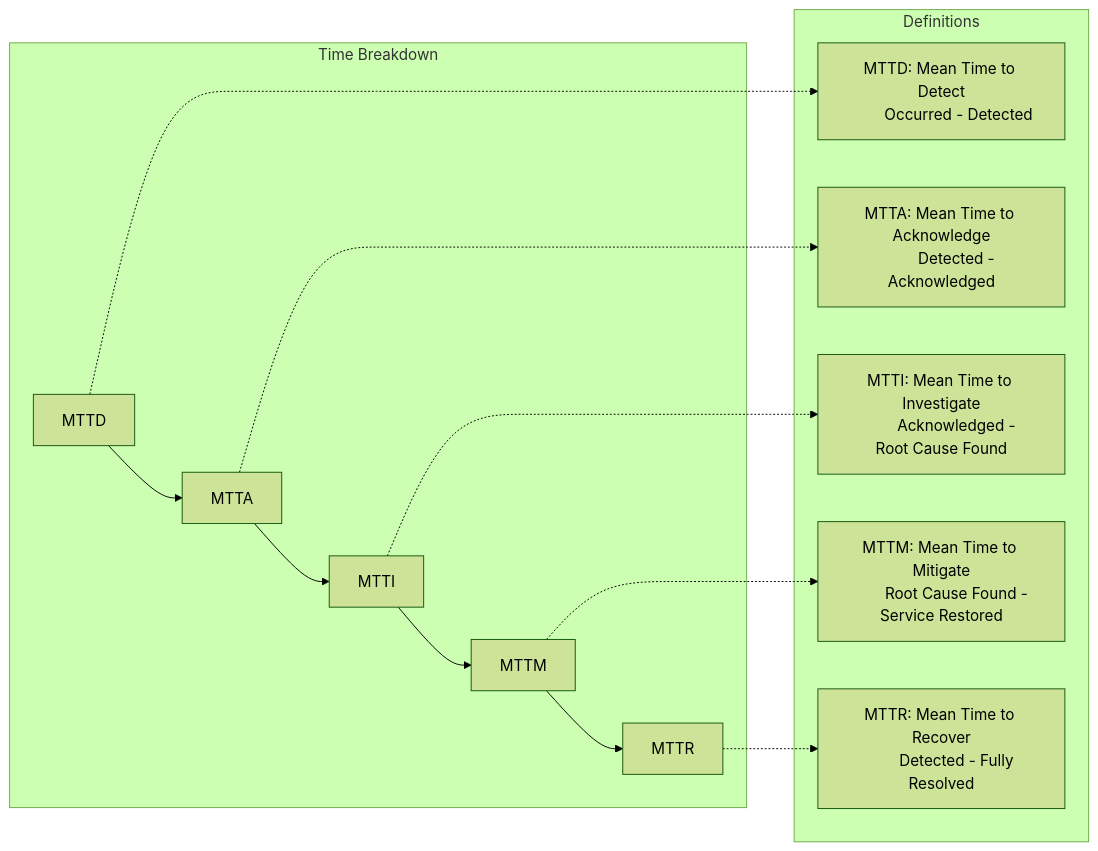
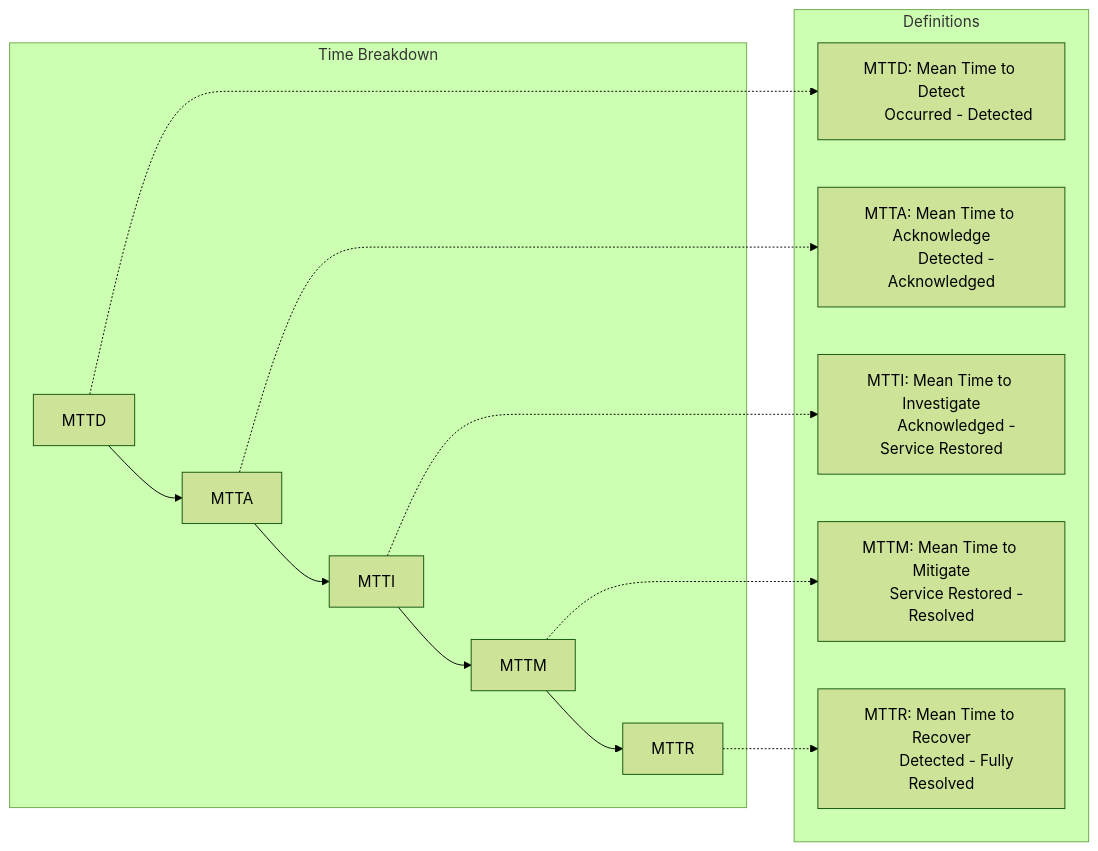
Before and after one commit to OneUptime/blog: the fourth of 5 diagrams in posts/2026-01-30-mttr-tracking/README.md, drawn with Mermaid (forest theme). The commit also changed other lines of this file and 2 other files, not shown here.

````diff
--- a/posts/2026-01-30-mttr-tracking/README.md
+++ b/posts/2026-01-30-mttr-tracking/README.md
@@ -650,28 +674,28 @@
 ```mermaid
 flowchart LR
     subgraph Time Breakdown
         A[MTTD] --> B[MTTA]
         B --> C[MTTI]
         C --> D[MTTM]
         D --> E[MTTR]
     end
 
     subgraph Definitions
         F["MTTD: Mean Time to Detect
         Occurred - Detected"]
         G["MTTA: Mean Time to Acknowledge
         Detected - Acknowledged"]
         H["MTTI: Mean Time to Investigate
-        Acknowledged - Root Cause Found"]
+        Acknowledged - Service Restored"]
         I["MTTM: Mean Time to Mitigate
-        Root Cause Found - Service Restored"]
+        Service Restored - Resolved"]
         J["MTTR: Mean Time to Recover
         Detected - Fully Resolved"]
     end
 
     A -.-> F
     B -.-> G
     C -.-> H
     D -.-> I
     E -.-> J
 ```
````
